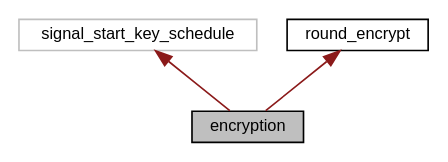
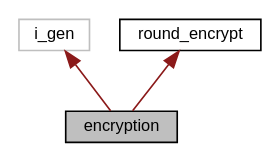
One commit to FlorianFrank/SPECK_Cipher_Verilog changed the diagram in d6/d05/enumencryption__coll__graph.dot. Above: the diagram before and after it, drawn with Graphviz. The commit also changed 142 other files, not shown here.

```diff
--- a/d6/d05/enumencryption__coll__graph.dot
+++ b/d6/d05/enumencryption__coll__graph.dot
@@ -1,11 +1,11 @@
 digraph "encryption"
 {
  // INTERACTIVE_SVG=YES
   edge [fontname="Helvetica",fontsize="10",labelfontname="Helvetica",labelfontsize="10"];
   node [fontname="Helvetica",fontsize="10",shape=record];
   Node3 [label="encryption",height=0.2,width=0.4,color="black", fillcolor="grey75", style="filled", fontcolor="black"];
   Node4 -> Node3 [dir="back",color="firebrick4",fontsize="10",style="solid",fontname="Helvetica"];
-  Node4 [label="signal_start_key_schedule",height=0.2,width=0.4,color="grey75", fillcolor="white", style="filled"];
+  Node4 [label="i_gen",height=0.2,width=0.4,color="grey75", fillcolor="white", style="filled"];
   Node5 -> Node3 [dir="back",color="firebrick4",fontsize="10",style="solid",fontname="Helvetica"];
   Node5 [label="round_encrypt",height=0.2,width=0.4,color="black", fillcolor="white", style="filled",URL="$d8/d2b/enumround__encrypt.html"];
 }
```
